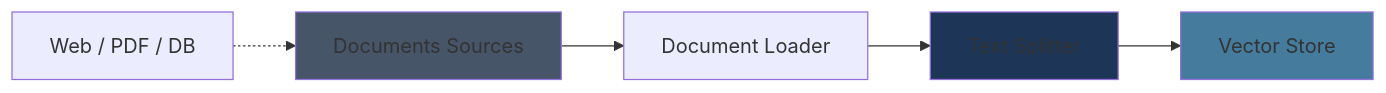
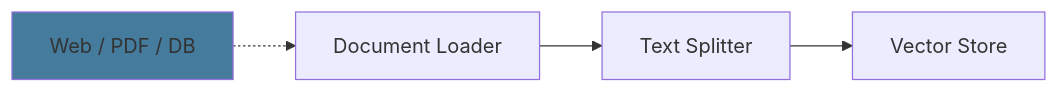
The fourth of 7 diagrams in decks/genai-ai-engineer-langchain/slides.md (maxime-lenne/slidev-decks-courses), drawn with Mermaid before and after one commit. The commit also changed other lines of this file and 30 other files, not shown here.

````diff
--- a/decks/genai-ai-engineer-langchain/slides.md
+++ b/decks/genai-ai-engineer-langchain/slides.md
@@ -394,12 +571,9 @@
 ```mermaid
 flowchart LR
-    A[Documents Sources] --> B[Document Loader]
-    B --> C[Text Splitter]
-    C --> D[Vector Store]
+    A[Document Loader] --> B[Text Splitter]
+    B --> C[Vector Store]
 
-    F[Web / PDF / DB] -.-> A
+    D[Web / PDF / DB] -.-> A
 
-    style A fill:#475569
     style D fill:#457b9d
-    style C fill:#1d3557
 ```
````
